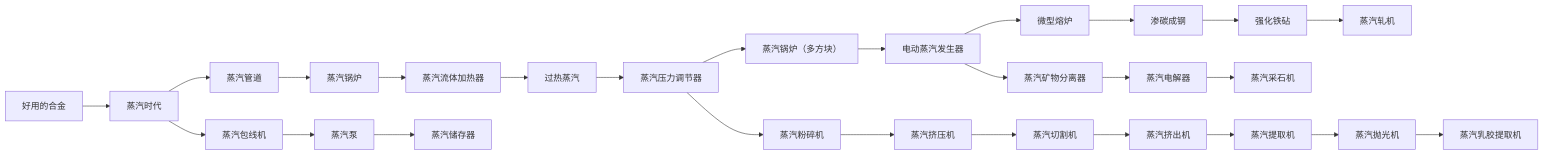
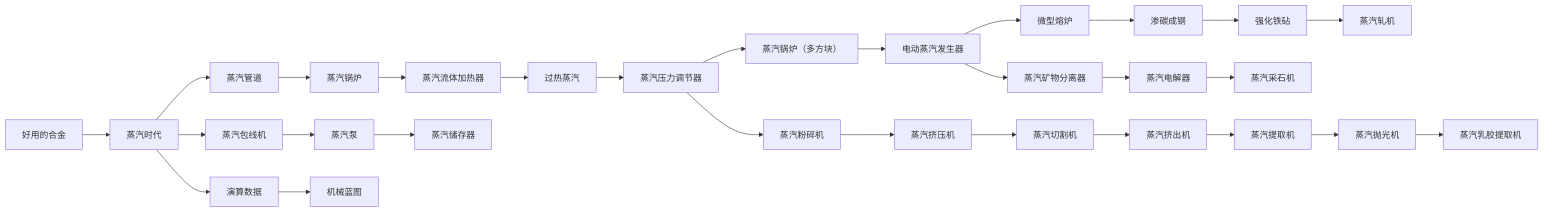
The second of 3 diagrams in kubejs/docs/QUEST_LINES.md (1376127612/Sink-Journey), drawn with Mermaid before and after one commit. The commit also changed other lines of this file and 98 other files, not shown here.

````diff
--- a/kubejs/docs/QUEST_LINES.md
+++ b/kubejs/docs/QUEST_LINES.md
@@ -99,54 +107,58 @@
 ```mermaid
 graph LR
     M1["好用的合金"]
     M2["蒸汽时代"]
     M3["蒸汽管道"]
     M4["蒸汽锅炉"]
     M5["蒸汽流体加热器"]
     M6["过热蒸汽"]
     M7["蒸汽压力调节器"]
     M8["蒸汽锅炉（多方块）"]
     M9["电动蒸汽发生器"]
     M10["微型熔炉"]
     M11["渗碳成钢"]
     M12["强化铁砧"]
     M13["蒸汽轧机"]
     M1 --> M2
     M2 --> M3
     M3 --> M4
     M4 --> M5
     M5 --> M6
     M6 --> M7
     M7 --> M8
     M8 --> M9
     M9 --> M10
     M10 --> M11
     M11 --> M12
     M12 --> M13
     B1_1["蒸汽粉碎机"]
     M7 --> B1_1
     B1_2["蒸汽挤压机"]
     B1_1 --> B1_2
     B1_3["蒸汽切割机"]
     B1_2 --> B1_3
     B1_4["蒸汽挤出机"]
     B1_3 --> B1_4
     B1_5["蒸汽提取机"]
     B1_4 --> B1_5
     B1_6["蒸汽抛光机"]
     B1_5 --> B1_6
     B1_7["蒸汽乳胶提取机"]
     B1_6 --> B1_7
     B2_1["蒸汽包线机"]
     M2 --> B2_1
     B2_2["蒸汽泵"]
     B2_1 --> B2_2
     B2_3["蒸汽储存器"]
     B2_2 --> B2_3
     B3_1["蒸汽矿物分离器"]
     M9 --> B3_1
     B3_2["蒸汽电解器"]
     B3_1 --> B3_2
     B3_3["蒸汽采石机"]
     B3_2 --> B3_3
+    B4_1["演算数据"]
+    M2 --> B4_1
+    B4_2["机械蓝图"]
+    B4_1 --> B4_2
 ```
````
